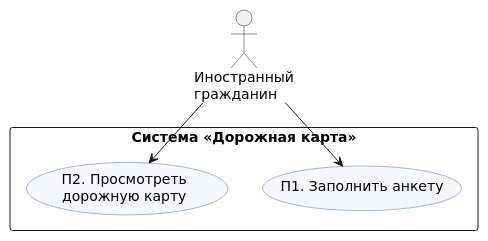
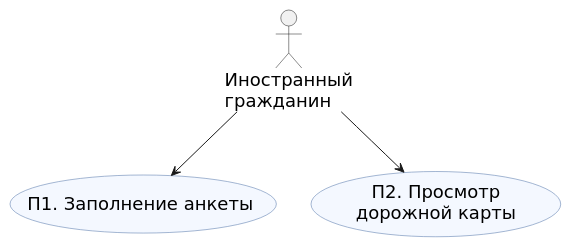
The diagram in lab1-usecases/usecase-diagram.puml (mflkee/fms-course), drawn with PlantUML before and after one commit. The commit also changed 30 other files, not shown here.

```diff
--- a/lab1-usecases/usecase-diagram.puml
+++ b/lab1-usecases/usecase-diagram.puml
@@ -1,20 +1,19 @@
 @startuml usecase-diagram
 ' Лаб. 1: диаграмма прецедентов. Один актор, два прецедента.
-' Граница системы: система только собирает анкету и показывает дорожную карту.
+' Границу системы не рисуем: прецедентов вне системы нет.
 skinparam defaultFontName "DejaVu Sans"
 skinparam shadowing false
+skinparam defaultFontSize 18
 skinparam usecase {
   BackgroundColor #F4F8FF
   BorderColor #4A6FA5
 }
 
 actor "Иностранный\nгражданин" as IG
 
-rectangle "Система «Дорожная карта»" {
-  usecase "П1. Заполнить анкету" as P1
-  usecase "П2. Просмотреть\nдорожную карту" as P2
-}
+usecase "П1. Заполнение анкеты" as P1
+usecase "П2. Просмотр\nдорожной карты" as P2
 
 IG --> P1
 IG --> P2
 @enduml
```
